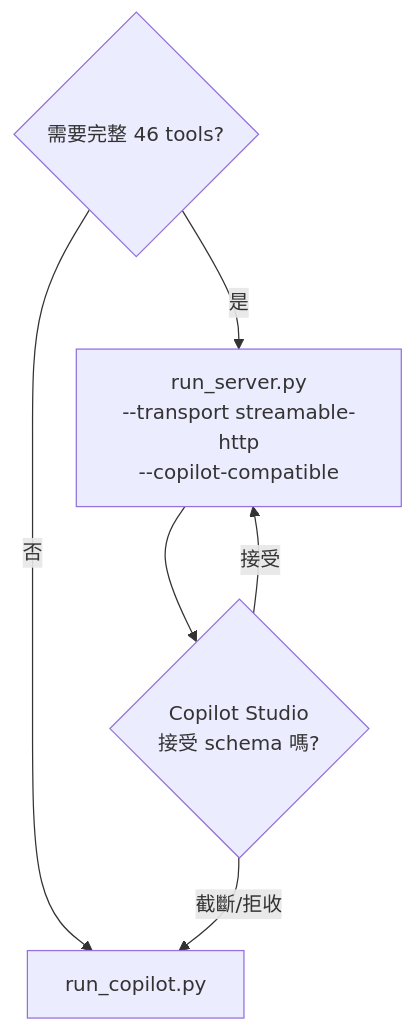
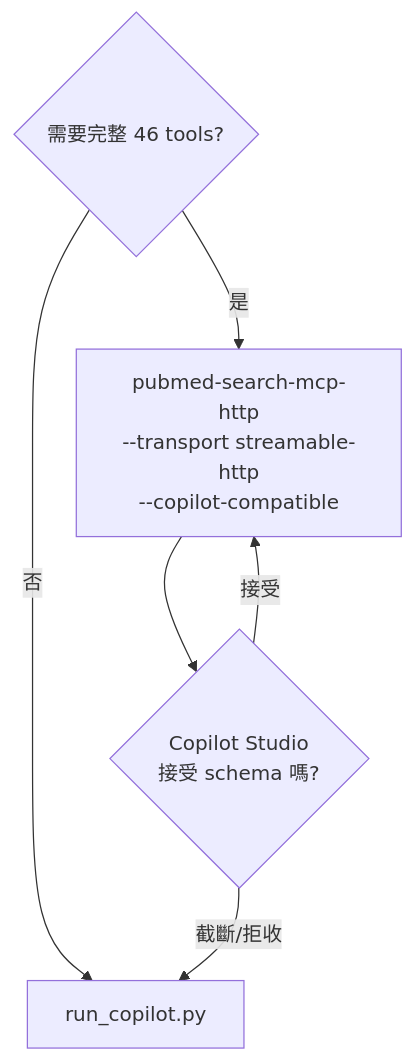
The tenth of 11 diagrams in ARCHITECTURE.md (u9401066/pubmed-search-mcp), drawn with Mermaid before and after one commit. The commit also changed other lines of this file and 23 other files, not shown here.

````diff
--- a/ARCHITECTURE.md
+++ b/ARCHITECTURE.md
@@ -472,13 +472,13 @@
 ```mermaid
 flowchart TD
   Need{需要完整 46 tools?}
-  Full[run_server.py\n--transport streamable-http\n--copilot-compatible]
+  Full[pubmed-search-mcp-http\n--transport streamable-http\n--copilot-compatible]
   Simplified[run_copilot.py]
   Studio{Copilot Studio\n接受 schema 嗎?}
 
   Need -->|是| Full
   Need -->|否| Simplified
   Full --> Studio
   Studio -->|接受| Full
   Studio -->|截斷/拒收| Simplified
 ```
````
